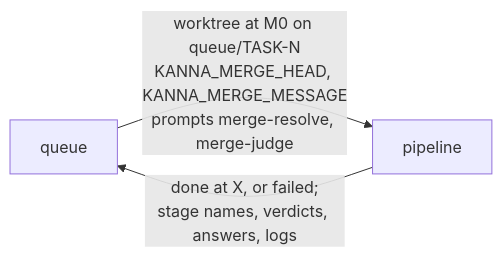
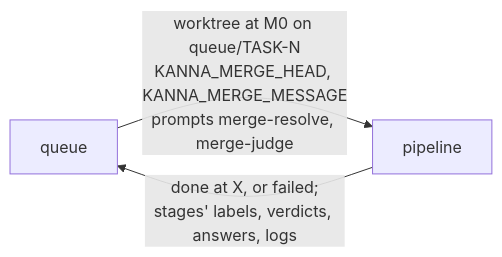
One commit to tampopogk/kanna changed the third of 4 diagrams in docs/specs/merge-queue.md. Above: the diagram before and after it, drawn with Mermaid. The commit also changed other lines of this file and 21 other files, not shown here.

Commit message:
Merge queue stages show the labels their pipeline gives them: Kojo stages take label "TEXT", the queue keeps every agent's answer and reads a conflict from git, and no surface knows a stage by its name

````diff
--- a/docs/specs/merge-queue.md
+++ b/docs/specs/merge-queue.md
@@ -102,5 +102,5 @@
 ```mermaid
 flowchart LR
     Q["queue"] -->|"worktree at M0 on queue/TASK-N<br/>KANNA_MERGE_HEAD, KANNA_MERGE_MESSAGE<br/>prompts merge-resolve, merge-judge"| P["pipeline"]
-    P -->|"done at X, or failed;<br/>stage names, verdicts, answers, logs"| Q
+    P -->|"done at X, or failed;<br/>stages' labels, verdicts, answers, logs"| Q
 ```
````
